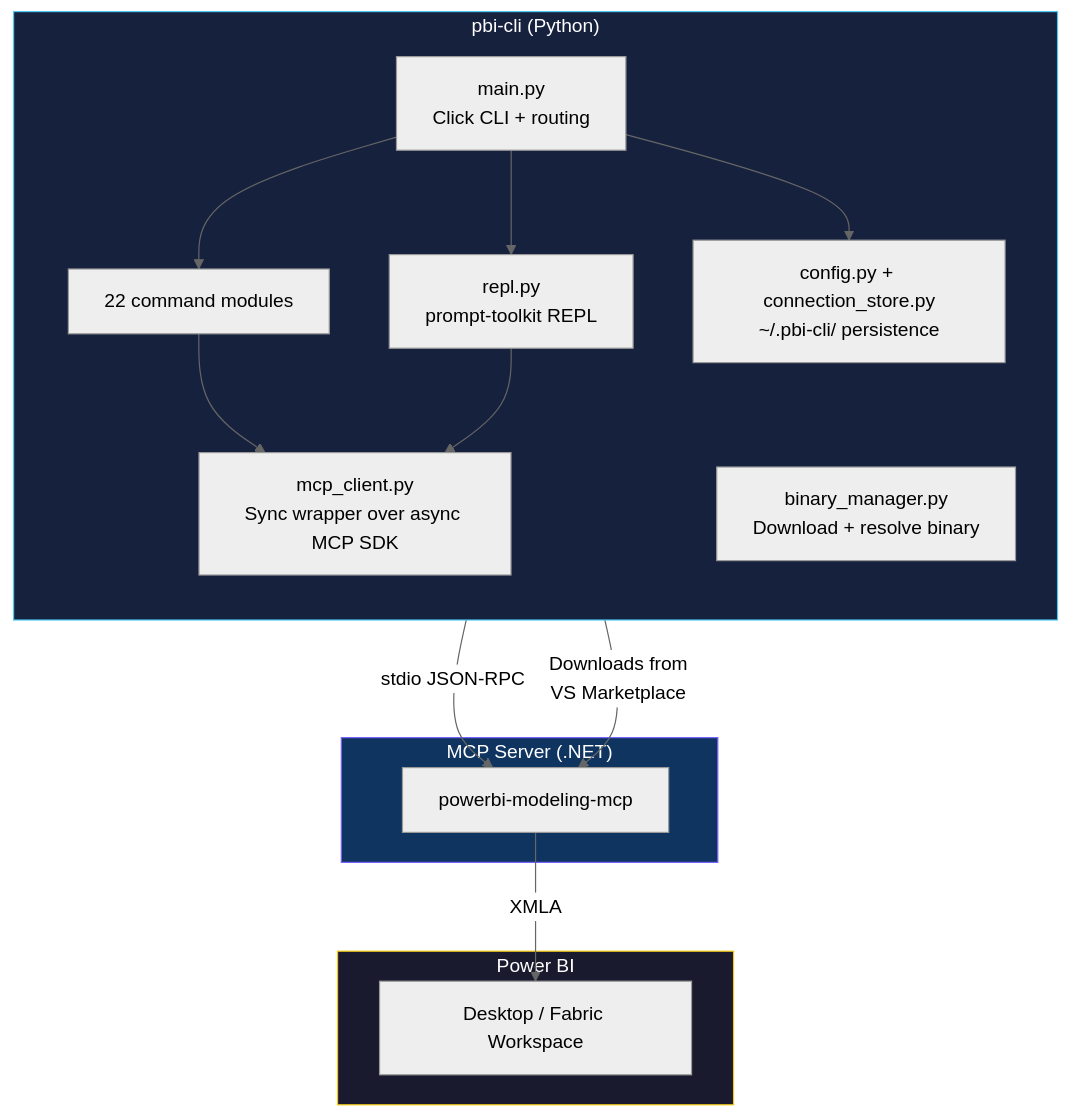
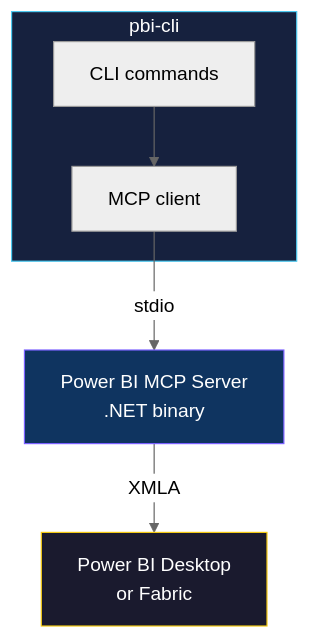
The third of 3 diagrams in README.md (adamreichenbach/pbi-cli), drawn with Mermaid (neutral theme) before and after one commit. The commit also changed other lines of this file, not shown here.

````diff
--- a/README.md
+++ b/README.md
@@ -288,33 +229,12 @@
 ```mermaid
 graph TB
-    subgraph CLI["pbi-cli (Python)"]
-        direction TB
-        MAIN["main.py<br/>Click CLI + routing"]
-        CMDS["22 command modules"]
-        MCP["mcp_client.py<br/>Sync wrapper over async MCP SDK"]
-        BIN["binary_manager.py<br/>Download + resolve binary"]
-        CFG["config.py + connection_store.py<br/>~/.pbi-cli/ persistence"]
-        REPL["repl.py<br/>prompt-toolkit REPL"]
+    subgraph CLI["pbi-cli"]
+        A["CLI commands"] --> B["MCP client"]
     end
-
-    subgraph Server["MCP Server (.NET)"]
-        MCPS["powerbi-modeling-mcp"]
-    end
-
-    subgraph Target["Power BI"]
-        PBI["Desktop / Fabric Workspace"]
-    end
-
-    MAIN --> CMDS
-    CMDS --> MCP
-    MCP -->|"stdio JSON-RPC"| MCPS
-    MCPS -->|"XMLA"| PBI
-    MAIN --> REPL
-    REPL --> MCP
-    BIN -->|"Downloads from<br/>VS Marketplace"| MCPS
-    MAIN --> CFG
+    B -->|"stdio"| C["Power BI MCP Server<br/>.NET binary"]
+    C -->|"XMLA"| D["Power BI Desktop<br/>or Fabric"]
 
     style CLI fill:#16213e,stroke:#4cc9f0,color:#fff
-    style Server fill:#0f3460,stroke:#7b61ff,color:#fff
-    style Target fill:#1a1a2e,stroke:#f2c811,color:#fff
+    style C fill:#0f3460,stroke:#7b61ff,color:#fff
+    style D fill:#1a1a2e,stroke:#f2c811,color:#fff
 ```
````
